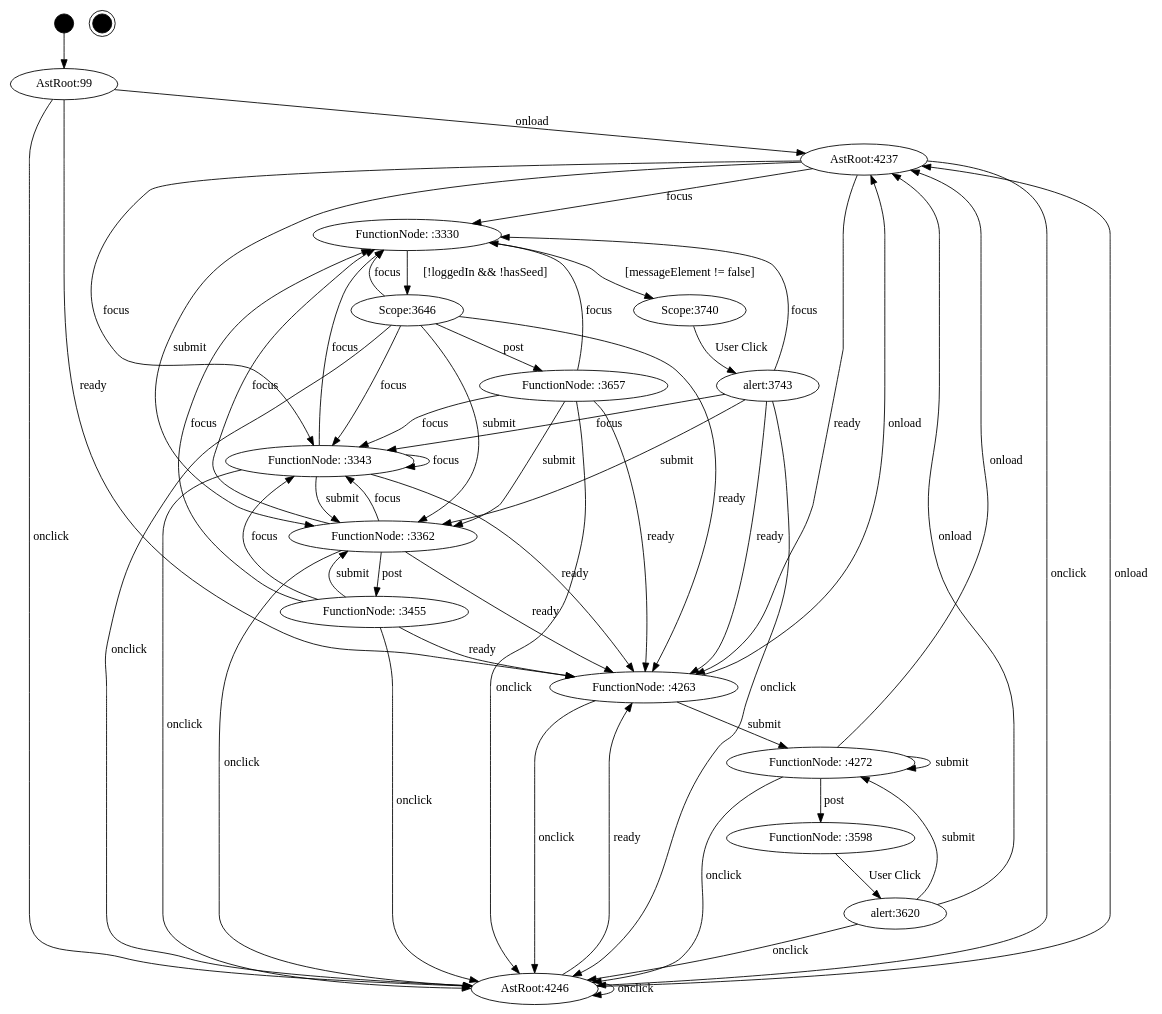
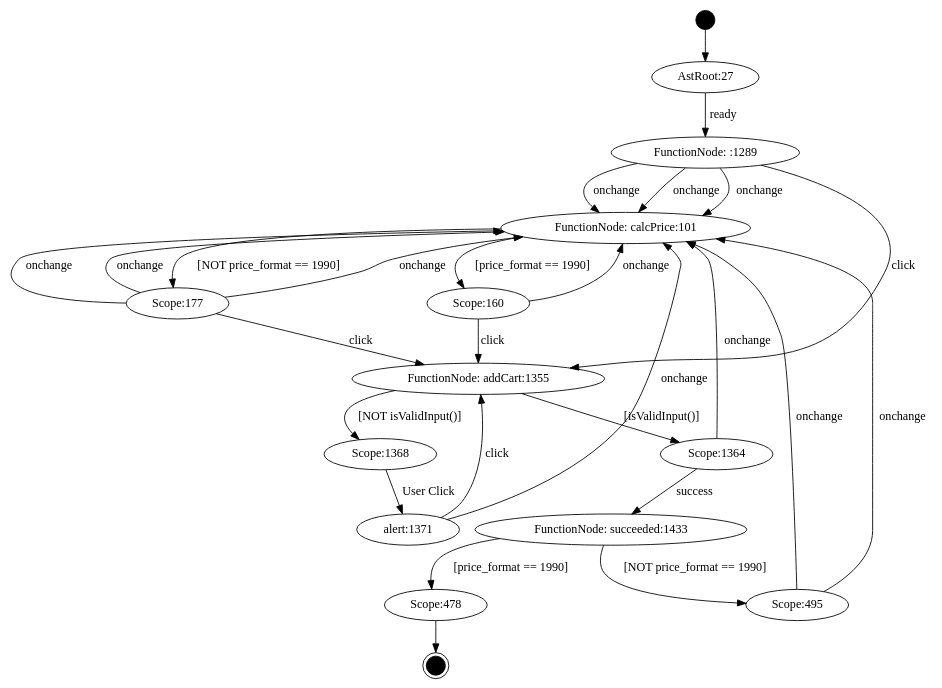
The diagram in projects/project/model/fsm.dot (mzw/JSAnalyzer), drawn with Graphviz before and after one commit. The commit also changed 381 other files, not shown here.

```diff
--- a/projects/project/model/fsm.dot
+++ b/projects/project/model/fsm.dot
@@ -1,76 +1,42 @@
 digraph FSM {
-JSAnalyzer_0000008645[label="",shape=circle,style=filled,color=black,fixedsize=true,width=0.3];
-JSAnalyzer_0000008647[label="",shape=doublecircle,style=filled,color=black,fixedsize=true,width=0.3];
-JSAnalyzer_0000000099[label="AstRoot:99"];
-JSAnalyzer_0000003330[label="FunctionNode: :3330"];
-JSAnalyzer_0000003343[label="FunctionNode: :3343"];
-JSAnalyzer_0000003362[label="FunctionNode: :3362"];
-JSAnalyzer_0000003455[label="FunctionNode: :3455"];
-JSAnalyzer_0000003598[label="FunctionNode: :3598"];
-JSAnalyzer_0000003646[label="Scope:3646"];
-JSAnalyzer_0000003657[label="FunctionNode: :3657"];
-JSAnalyzer_0000003740[label="Scope:3740"];
-JSAnalyzer_0000004237[label="AstRoot:4237"];
-JSAnalyzer_0000004246[label="AstRoot:4246"];
-JSAnalyzer_0000004263[label="FunctionNode: :4263"];
-JSAnalyzer_0000004272[label="FunctionNode: :4272"];
-JSAnalyzer_0000003620[label="alert:3620"];
-JSAnalyzer_0000003743[label="alert:3743"];
-JSAnalyzer_0000008645 -> JSAnalyzer_0000000099;
-JSAnalyzer_0000003330 -> JSAnalyzer_0000003646[label="[!loggedIn && !hasSeed]"];
-JSAnalyzer_0000003330 -> JSAnalyzer_0000003740[label="[messageElement != false]"];
-JSAnalyzer_0000000099 -> JSAnalyzer_0000004237[label="onload"];
-JSAnalyzer_0000000099 -> JSAnalyzer_0000004246[label="onclick"];
-JSAnalyzer_0000000099 -> JSAnalyzer_0000004263[label="ready"];
-JSAnalyzer_0000003343 -> JSAnalyzer_0000003330[label="focus"];
-JSAnalyzer_0000003343 -> JSAnalyzer_0000003343[label="focus"];
-JSAnalyzer_0000003343 -> JSAnalyzer_0000003362[label="submit"];
-JSAnalyzer_0000003343 -> JSAnalyzer_0000004246[label="onclick"];
-JSAnalyzer_0000003343 -> JSAnalyzer_0000004263[label="ready"];
-JSAnalyzer_0000003362 -> JSAnalyzer_0000003455[label="post"];
-JSAnalyzer_0000003362 -> JSAnalyzer_0000003330[label="focus"];
-JSAnalyzer_0000003362 -> JSAnalyzer_0000003343[label="focus"];
-JSAnalyzer_0000003362 -> JSAnalyzer_0000004246[label="onclick"];
-JSAnalyzer_0000003362 -> JSAnalyzer_0000004263[label="ready"];
-JSAnalyzer_0000003455 -> JSAnalyzer_0000003330[label="focus"];
-JSAnalyzer_0000003455 -> JSAnalyzer_0000003343[label="focus"];
-JSAnalyzer_0000003455 -> JSAnalyzer_0000003362[label="submit"];
-JSAnalyzer_0000003455 -> JSAnalyzer_0000004246[label="onclick"];
-JSAnalyzer_0000003455 -> JSAnalyzer_0000004263[label="ready"];
-JSAnalyzer_0000003598 -> JSAnalyzer_0000003620[label="User Click"];
-JSAnalyzer_0000003646 -> JSAnalyzer_0000003657[label="post"];
-JSAnalyzer_0000003646 -> JSAnalyzer_0000003330[label="focus"];
-JSAnalyzer_0000003646 -> JSAnalyzer_0000003343[label="focus"];
-JSAnalyzer_0000003646 -> JSAnalyzer_0000003362[label="submit"];
-JSAnalyzer_0000003646 -> JSAnalyzer_0000004246[label="onclick"];
-JSAnalyzer_0000003646 -> JSAnalyzer_0000004263[label="ready"];
-JSAnalyzer_0000003657 -> JSAnalyzer_0000003330[label="focus"];
-JSAnalyzer_0000003657 -> JSAnalyzer_0000003343[label="focus"];
-JSAnalyzer_0000003657 -> JSAnalyzer_0000003362[label="submit"];
-JSAnalyzer_0000003657 -> JSAnalyzer_0000004246[label="onclick"];
-JSAnalyzer_0000003657 -> JSAnalyzer_0000004263[label="ready"];
-JSAnalyzer_0000003740 -> JSAnalyzer_0000003743[label="User Click"];
-JSAnalyzer_0000004237 -> JSAnalyzer_0000003330[label="focus"];
-JSAnalyzer_0000004237 -> JSAnalyzer_0000003343[label="focus"];
-JSAnalyzer_0000004237 -> JSAnalyzer_0000003362[label="submit"];
-JSAnalyzer_0000004237 -> JSAnalyzer_0000004246[label="onclick"];
-JSAnalyzer_0000004237 -> JSAnalyzer_0000004263[label="ready"];
-JSAnalyzer_0000004246 -> JSAnalyzer_0000004237[label="onload"];
-JSAnalyzer_0000004246 -> JSAnalyzer_0000004246[label="onclick"];
-JSAnalyzer_0000004246 -> JSAnalyzer_0000004263[label="ready"];
-JSAnalyzer_0000004263 -> JSAnalyzer_0000004272[label="submit"];
-JSAnalyzer_0000004263 -> JSAnalyzer_0000004237[label="onload"];
-JSAnalyzer_0000004263 -> JSAnalyzer_0000004246[label="onclick"];
-JSAnalyzer_0000004272 -> JSAnalyzer_0000003598[label="post"];
-JSAnalyzer_0000004272 -> JSAnalyzer_0000004272[label="submit"];
-JSAnalyzer_0000004272 -> JSAnalyzer_0000004237[label="onload"];
-JSAnalyzer_0000004272 -> JSAnalyzer_0000004246[label="onclick"];
-JSAnalyzer_0000003620 -> JSAnalyzer_0000004272[label="submit"];
-JSAnalyzer_0000003620 -> JSAnalyzer_0000004237[label="onload"];
-JSAnalyzer_0000003620 -> JSAnalyzer_0000004246[label="onclick"];
-JSAnalyzer_0000003743 -> JSAnalyzer_0000003330[label="focus"];
-JSAnalyzer_0000003743 -> JSAnalyzer_0000003343[label="focus"];
-JSAnalyzer_0000003743 -> JSAnalyzer_0000003362[label="submit"];
-JSAnalyzer_0000003743 -> JSAnalyzer_0000004246[label="onclick"];
-JSAnalyzer_0000003743 -> JSAnalyzer_0000004263[label="ready"];
+JSAnalyzer_0000003218[label="",shape=circle,style=filled,color=black,fixedsize=true,width=0.3];
+JSAnalyzer_0000003220[label="",shape=doublecircle,style=filled,color=black,fixedsize=true,width=0.3];
+JSAnalyzer_0000000027[label="AstRoot:27"];
+JSAnalyzer_0000000101[label="FunctionNode: calcPrice:101"];
+JSAnalyzer_0000000160[label="Scope:160"];
+JSAnalyzer_0000000177[label="Scope:177"];
+JSAnalyzer_0000000478[label="Scope:478"];
+JSAnalyzer_0000000495[label="Scope:495"];
+JSAnalyzer_0000001289[label="FunctionNode: :1289"];
+JSAnalyzer_0000001355[label="FunctionNode: addCart:1355"];
+JSAnalyzer_0000001364[label="Scope:1364"];
+JSAnalyzer_0000001368[label="Scope:1368"];
+JSAnalyzer_0000001433[label="FunctionNode: succeeded:1433"];
+JSAnalyzer_0000001371[label="alert:1371"];
+JSAnalyzer_0000003218 -> JSAnalyzer_0000000027;
+JSAnalyzer_0000000101 -> JSAnalyzer_0000000160[label="[price_format == 1990]"];
+JSAnalyzer_0000000101 -> JSAnalyzer_0000000177[label="[NOT price_format == 1990]"];
+JSAnalyzer_0000001433 -> JSAnalyzer_0000000478[label="[price_format == 1990]"];
+JSAnalyzer_0000001433 -> JSAnalyzer_0000000495[label="[NOT price_format == 1990]"];
+JSAnalyzer_0000001355 -> JSAnalyzer_0000001364[label="[isValidInput()]"];
+JSAnalyzer_0000001355 -> JSAnalyzer_0000001368[label="[NOT isValidInput()]"];
+JSAnalyzer_0000000027 -> JSAnalyzer_0000001289[label="ready"];
+JSAnalyzer_0000000160 -> JSAnalyzer_0000000101[label="onchange"];
+JSAnalyzer_0000000160 -> JSAnalyzer_0000001355[label="click"];
+JSAnalyzer_0000000177 -> JSAnalyzer_0000000101[label="onchange"];
+JSAnalyzer_0000000177 -> JSAnalyzer_0000000101[label="onchange"];
+JSAnalyzer_0000000177 -> JSAnalyzer_0000000101[label="onchange"];
+JSAnalyzer_0000000177 -> JSAnalyzer_0000001355[label="click"];
+JSAnalyzer_0000000495 -> JSAnalyzer_0000000101[label="onchange"];
+JSAnalyzer_0000000495 -> JSAnalyzer_0000000101[label="onchange"];
+JSAnalyzer_0000001289 -> JSAnalyzer_0000000101[label="onchange"];
+JSAnalyzer_0000001289 -> JSAnalyzer_0000000101[label="onchange"];
+JSAnalyzer_0000001289 -> JSAnalyzer_0000000101[label="onchange"];
+JSAnalyzer_0000001289 -> JSAnalyzer_0000001355[label="click"];
+JSAnalyzer_0000001364 -> JSAnalyzer_0000001433[label="success"];
+JSAnalyzer_0000001364 -> JSAnalyzer_0000000101[label="onchange"];
+JSAnalyzer_0000001368 -> JSAnalyzer_0000001371[label="User Click"];
+JSAnalyzer_0000001371 -> JSAnalyzer_0000000101[label="onchange"];
+JSAnalyzer_0000001371 -> JSAnalyzer_0000001355[label="click"];
+JSAnalyzer_0000000478 -> JSAnalyzer_0000003220[label=""];
 }
```
